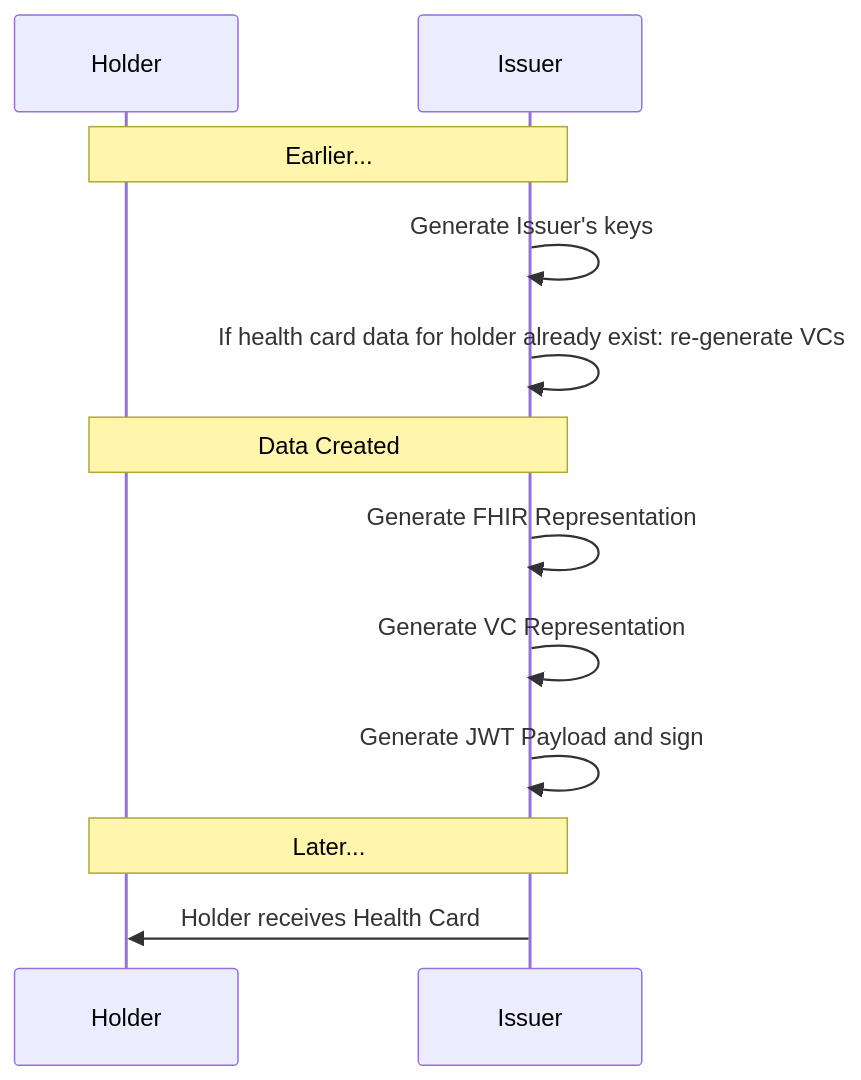
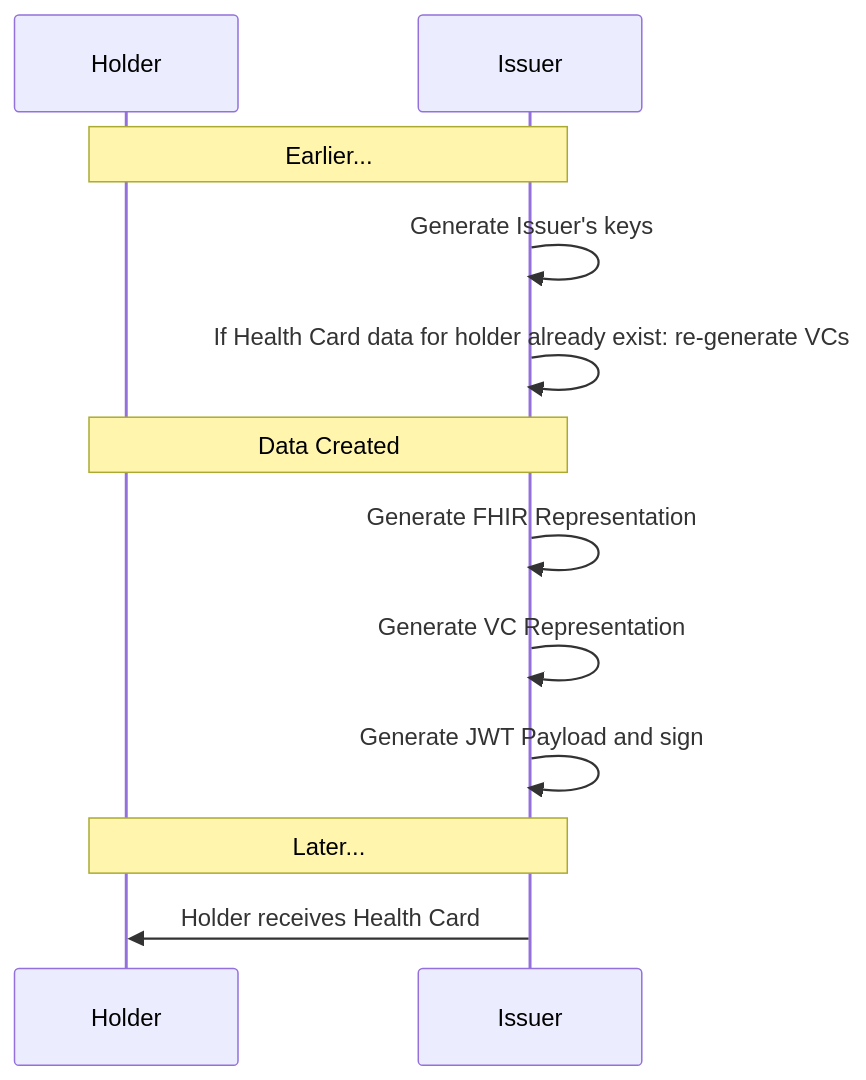
One commit to smart-on-fhir/health-cards changed the diagram in docs/index.md. Above: the diagram before and after it, drawn with Mermaid. The commit also changed other lines of this file, not shown here.

````diff
--- a/docs/index.md
+++ b/docs/index.md
@@ -197,17 +197,17 @@
 ```mermaid
 sequenceDiagram
 participant Holder
 participant Issuer
 
 note over Holder, Issuer: Earlier...
 Issuer ->> Issuer: Generate Issuer's keys
-Issuer ->> Issuer: If health card data for holder already exist: re-generate VCs
+Issuer ->> Issuer: If Health Card data for holder already exist: re-generate VCs
 
 note over Issuer, Holder: Data Created
 Issuer ->> Issuer: Generate FHIR Representation
 Issuer ->> Issuer: Generate VC Representation
 Issuer ->> Issuer: Generate JWT Payload and sign
 
 note over Issuer, Holder: Later...
 Issuer ->> Holder: Holder receives Health Card
 ```
````
